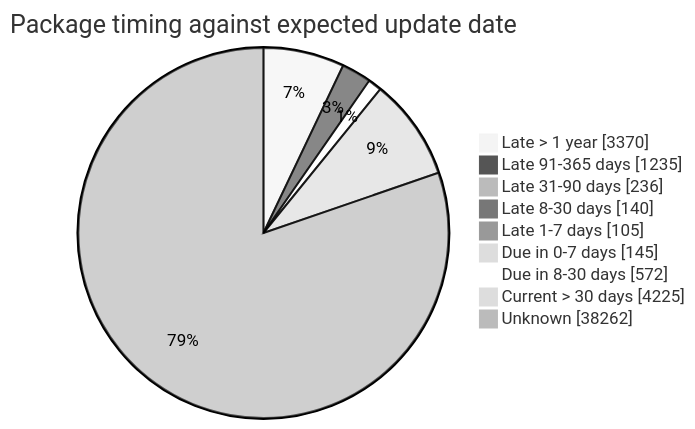
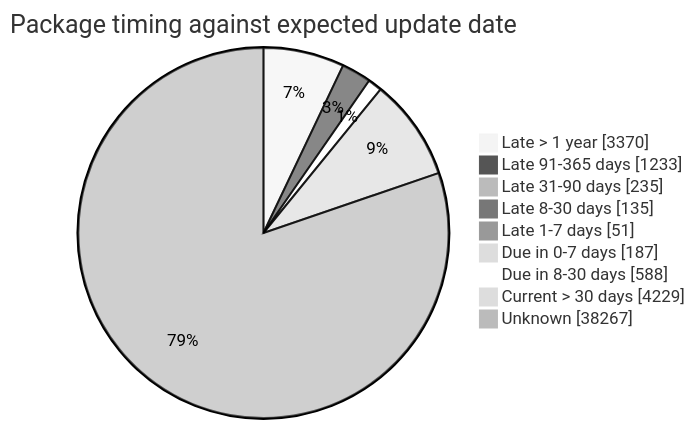
One commit to open-data/analytics-corporate-reporting changed the fourth of 5 diagrams in FreshCheck/README.md. Above: the diagram before and after it, drawn with Mermaid (neutral theme). The commit also changed other lines of this file and 3 other files, not shown here.

````diff
--- a/FreshCheck/README.md
+++ b/FreshCheck/README.md
@@ -86,12 +86,12 @@
 ```mermaid
 pie showData title Package timing against expected update date
     "Late > 1 year": 3370
-    "Late 91-365 days": 1235
-    "Late 31-90 days": 236
-    "Late 8-30 days": 140
-    "Late 1-7 days": 105
-    "Due in 0-7 days": 145
-    "Due in 8-30 days": 572
-    "Current > 30 days": 4225
-    "Unknown": 38262
+    "Late 91-365 days": 1233
+    "Late 31-90 days": 235
+    "Late 8-30 days": 135
+    "Late 1-7 days": 51
+    "Due in 0-7 days": 187
+    "Due in 8-30 days": 588
+    "Current > 30 days": 4229
+    "Unknown": 38267
 ```
````
